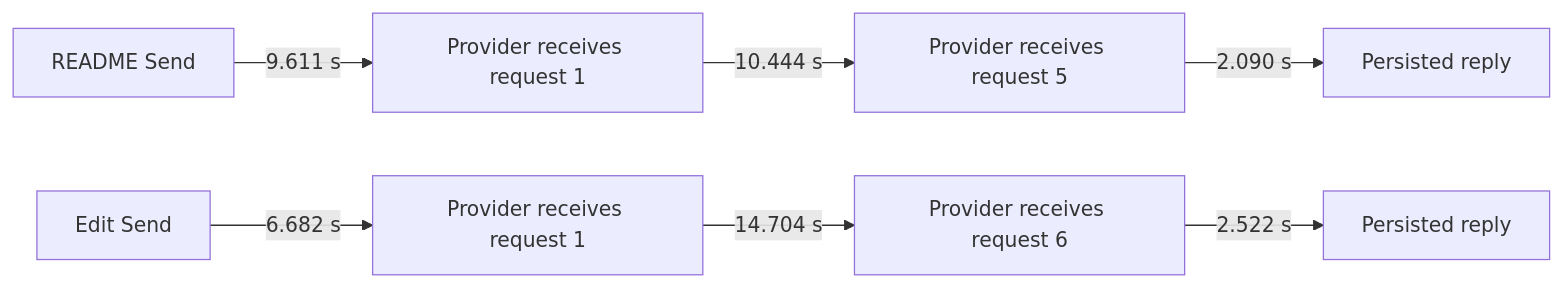
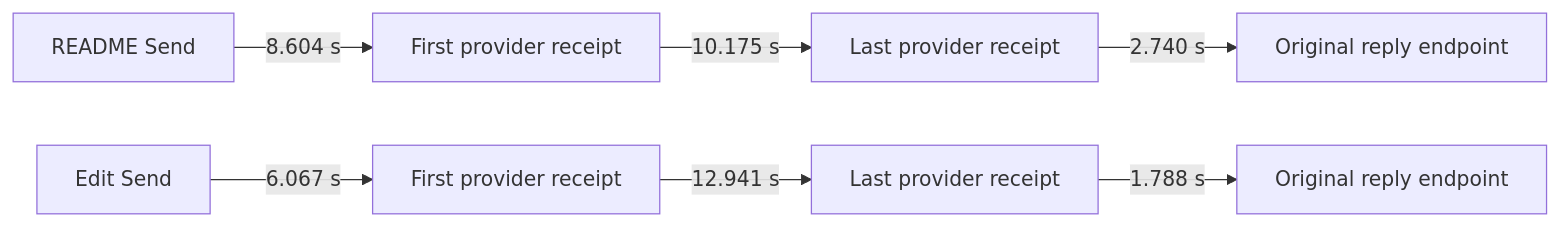
One commit to rmusser01/tldw_chatbook changed the first of 11 diagrams in Docs/Development/task-40608-recovery/windows-journey-timings.md. Above: the diagram before and after it, drawn with Mermaid. The commit also changed other lines of this file and 2 other files, not shown here.

````diff
--- a/Docs/Development/task-40608-recovery/windows-journey-timings.md
+++ b/Docs/Development/task-40608-recovery/windows-journey-timings.md
@@ -11,9 +11,9 @@
 ```mermaid
 flowchart LR
-    RS["README Send"] -->|"9.611 s"| R1["Provider receives request 1"]
-    R1 -->|"10.444 s"| R5["Provider receives request 5"]
-    R5 -->|"2.090 s"| RD["Persisted reply"]
-    ES["Edit Send"] -->|"6.682 s"| E1["Provider receives request 1"]
-    E1 -->|"14.704 s"| E6["Provider receives request 6"]
-    E6 -->|"2.522 s"| ED["Persisted reply"]
+    RS["README Send"] -->|"8.604 s"| R1["First provider receipt"]
+    R1 -->|"10.175 s"| RL["Last provider receipt"]
+    RL -->|"2.740 s"| RD["Original reply endpoint"]
+    ES["Edit Send"] -->|"6.067 s"| E1["First provider receipt"]
+    E1 -->|"12.941 s"| EL["Last provider receipt"]
+    EL -->|"1.788 s"| ED["Original reply endpoint"]
 ```
````
